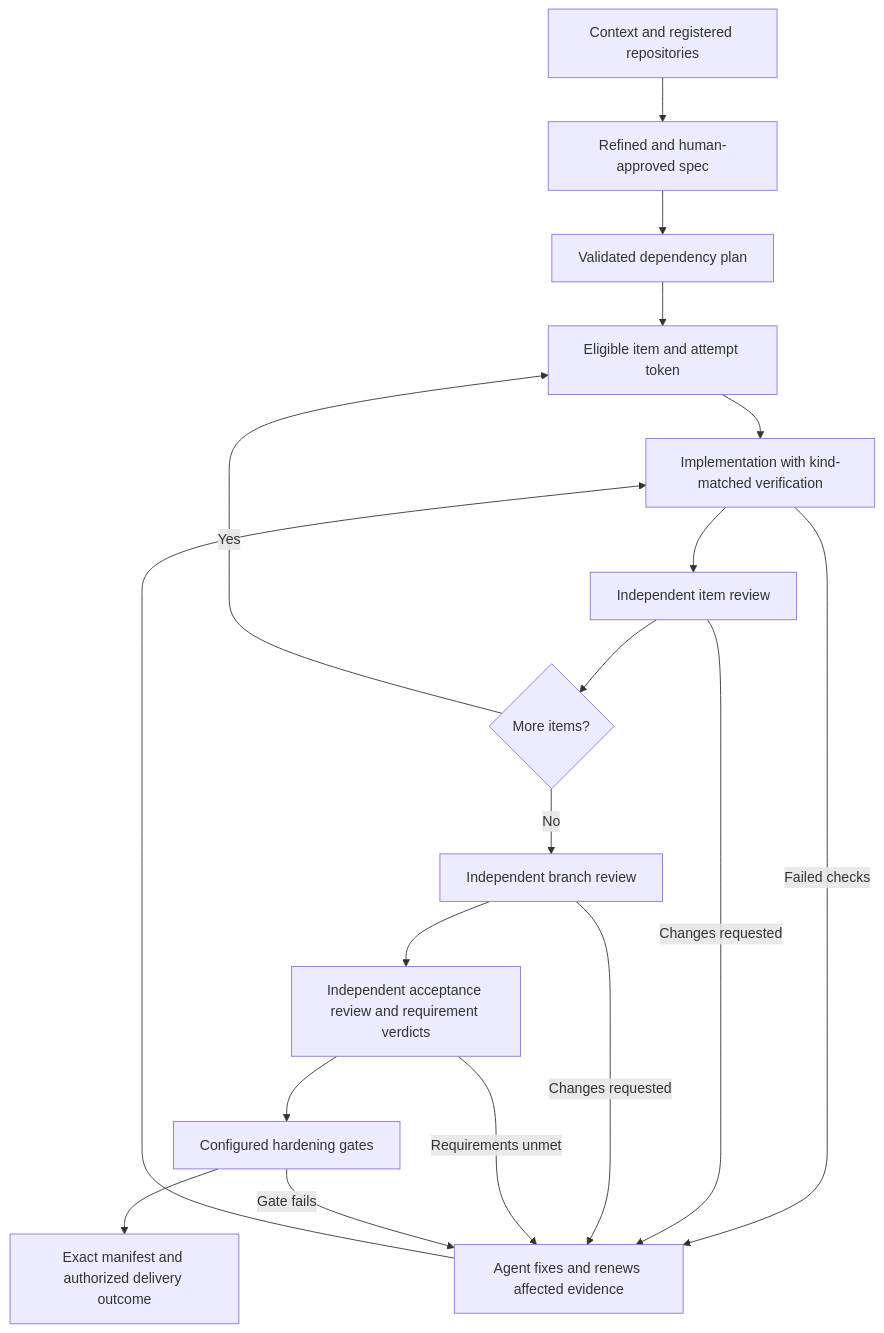
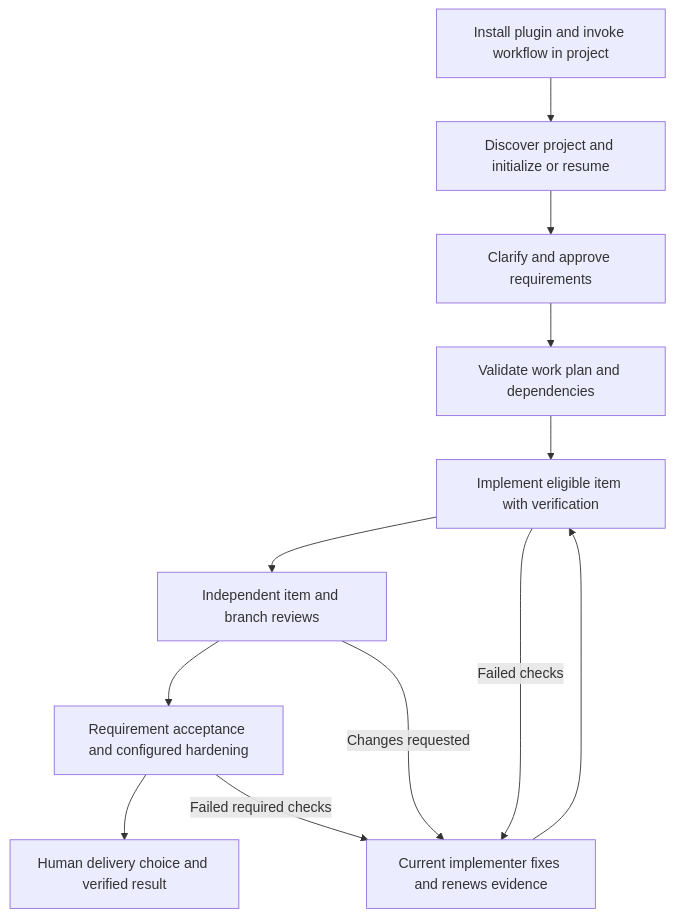
One commit to wgentil/devflow changed the diagram in docs/setup-and-usage.md. Above: the diagram before and after it, drawn with Mermaid. The commit also changed other lines of this file and 6 other files, not shown here.

Commit message:
docs: define install-and-start onboarding without shell setup

````diff
--- a/docs/setup-and-usage.md
+++ b/docs/setup-and-usage.md
@@ -191,20 +94,14 @@
 ```mermaid
 flowchart TD
-    Setup["Context and registered repositories"] --> Spec["Refined and human-approved spec"]
-    Spec --> Plan["Validated dependency plan"]
-    Plan --> Attempt["Eligible item and attempt token"]
-    Attempt --> Verify["Implementation with kind-matched verification"]
-    Verify --> Item["Independent item review"]
-    Item --> More{"More items?"}
-    More -->|Yes| Attempt
-    More -->|No| Branch["Independent branch review"]
-    Branch --> Accept["Independent acceptance review and requirement verdicts"]
-    Accept --> Gates["Configured hardening gates"]
-    Gates --> Delivery["Exact manifest and authorized delivery outcome"]
-    Verify -->|Failed checks| Rework["Agent fixes and renews affected evidence"]
-    Item -->|Changes requested| Rework
-    Branch -->|Changes requested| Rework
-    Accept -->|Requirements unmet| Rework
-    Gates -->|Gate fails| Rework
-    Rework --> Verify
+    Start["Install plugin and invoke workflow in project"] --> Init["Discover project and initialize or resume"]
+    Init --> Spec["Clarify and approve requirements"]
+    Spec --> Plan["Validate work plan and dependencies"]
+    Plan --> Work["Implement eligible item with verification"]
+    Work --> Review["Independent item and branch reviews"]
+    Review --> Acceptance["Requirement acceptance and configured hardening"]
+    Acceptance --> Delivery["Human delivery choice and verified result"]
+    Work -->|Failed checks| Fix["Current implementer fixes and renews evidence"]
+    Review -->|Changes requested| Fix
+    Acceptance -->|Failed required checks| Fix
+    Fix --> Work
 ```
````
